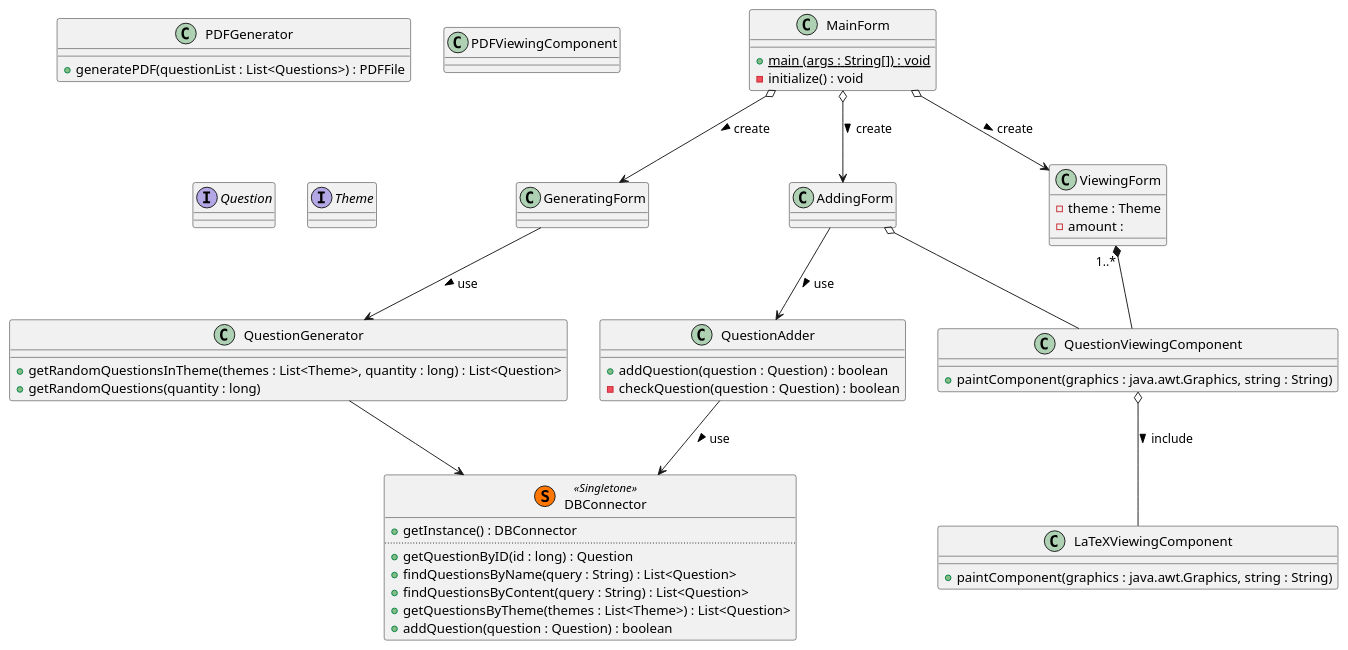
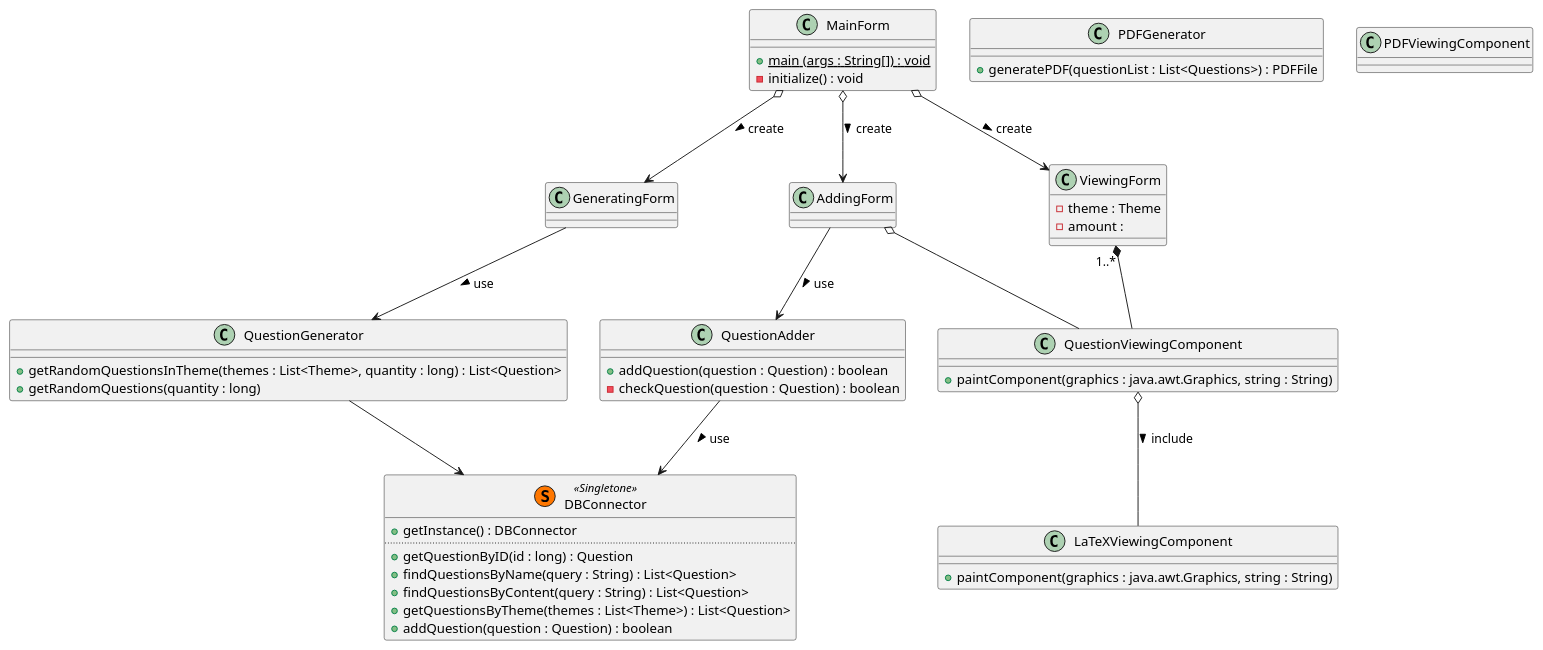
One commit to earring/testgenerator changed the diagram in diags/wholeClassDiagram.puml. Above: the diagram before and after it, drawn with PlantUML.

Commit message:
подготовка к объединению диаграмм

```diff
--- a/diags/wholeClassDiagram.puml
+++ b/diags/wholeClassDiagram.puml
@@ -2,77 +2,70 @@
 @startuml
 class DBConnector <<(S,#FF7700) Singletone>> {
     +getInstance() : DBConnector
     ..
     +getQuestionByID(id : long) : Question
     +findQuestionsByName(query : String) : List<Question>
     +findQuestionsByContent(query : String) : List<Question>
     +getQuestionsByTheme(themes : List<Theme>) : List<Question>
     +addQuestion(question : Question) : boolean
 }
 
 class QuestionGenerator {
     +getRandomQuestionsInTheme(themes : List<Theme>, quantity : long) : List<Question>
     +getRandomQuestions(quantity : long)
 }
 
 class MainForm {
     +main {static} (args : String[]) : void
     -initialize() : void
 }
 
 class AddingForm {
 
 }
 
 class ViewingForm {
     -theme : Theme
     -amount :
 }
 
 class GeneratingForm {
 
 }
 
 class QuestionAdder {
     +addQuestion(question : Question) : boolean
     -checkQuestion(question : Question) : boolean
 }
 
 class LaTeXViewingComponent {
     +paintComponent(graphics : java.awt.Graphics, string : String)
 }
 
 class QuestionViewingComponent {
     +paintComponent(graphics : java.awt.Graphics, string : String)
 }
 
 class PDFGenerator {
     +generatePDF(questionList : List<Questions>) : PDFFile
 }
 
 class PDFViewingComponent {
 
 }
 
 QuestionGenerator --> DBConnector
 
 MainForm  o--> AddingForm : create >
 AddingForm --> QuestionAdder : use >
 QuestionAdder --> DBConnector : use >
 
 AddingForm o-- QuestionViewingComponent
 QuestionViewingComponent o-- LaTeXViewingComponent : include >
 
 MainForm o--> ViewingForm : create >
 ViewingForm "1..*" *-- QuestionViewingComponent
 
 MainForm o--> GeneratingForm : create >
 GeneratingForm --> QuestionGenerator : use >
-
-interface Question {
-
-}
-interface Theme {
-
-}
 @enduml
```
